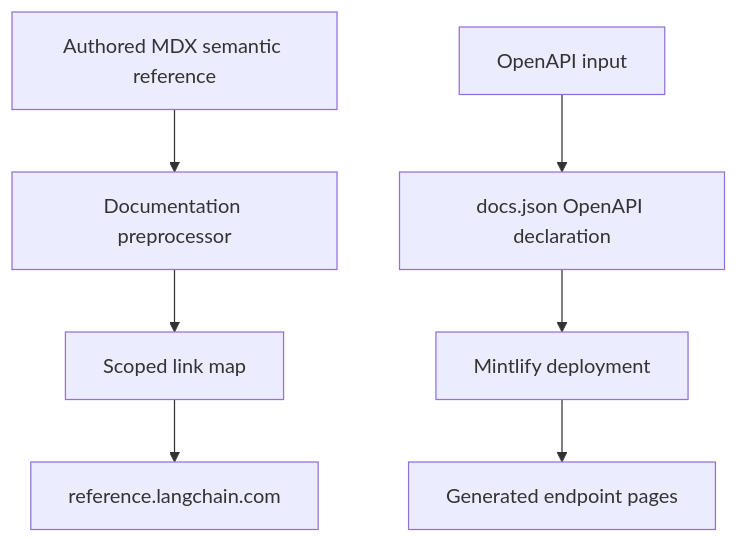
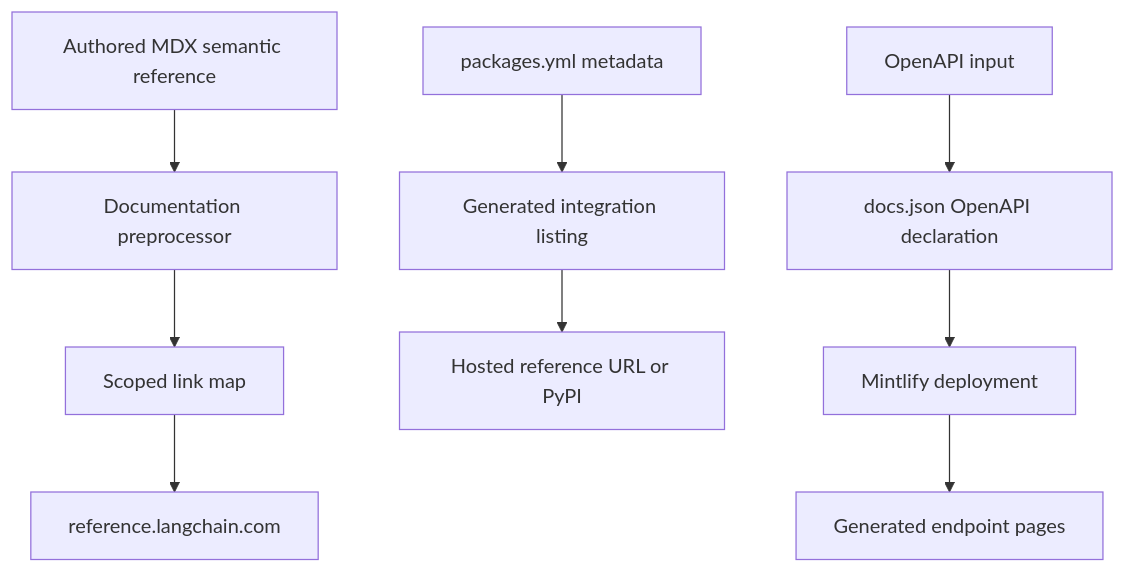
Before and after one commit to langchain-ai/docs: the first of 2 diagrams in openwiki/integrations/reference-docs.md, drawn with Mermaid. The commit also changed other lines of this file and 43 other files, not shown here.

````diff
--- a/openwiki/integrations/reference-docs.md
+++ b/openwiki/integrations/reference-docs.md
@@ -58,9 +65,11 @@
 ```mermaid
 flowchart TD
   Authored["Authored MDX semantic reference"] --> Preprocess["Documentation preprocessor"]
   Preprocess --> Map["Scoped link map"]
   Map --> External["reference.langchain.com"]
+  Packages["packages.yml metadata"] --> Listing["Generated integration listing"]
+  Listing --> PackageDest["Hosted reference URL or PyPI"]
   Spec["OpenAPI input"] --> Config["docs.json OpenAPI declaration"]
   Config --> Deploy["Mintlify deployment"]
   Deploy --> Endpoints["Generated endpoint pages"]
 ```
````
